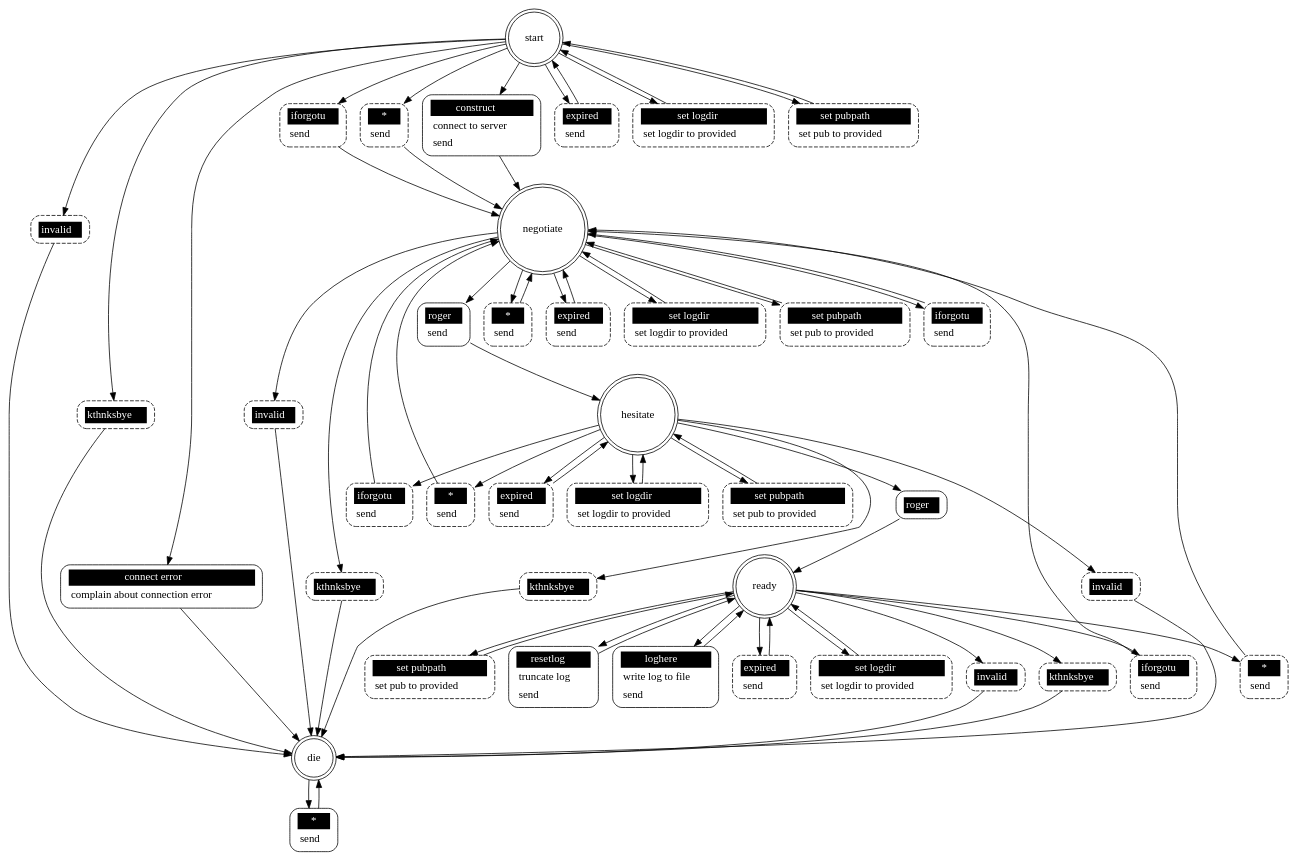
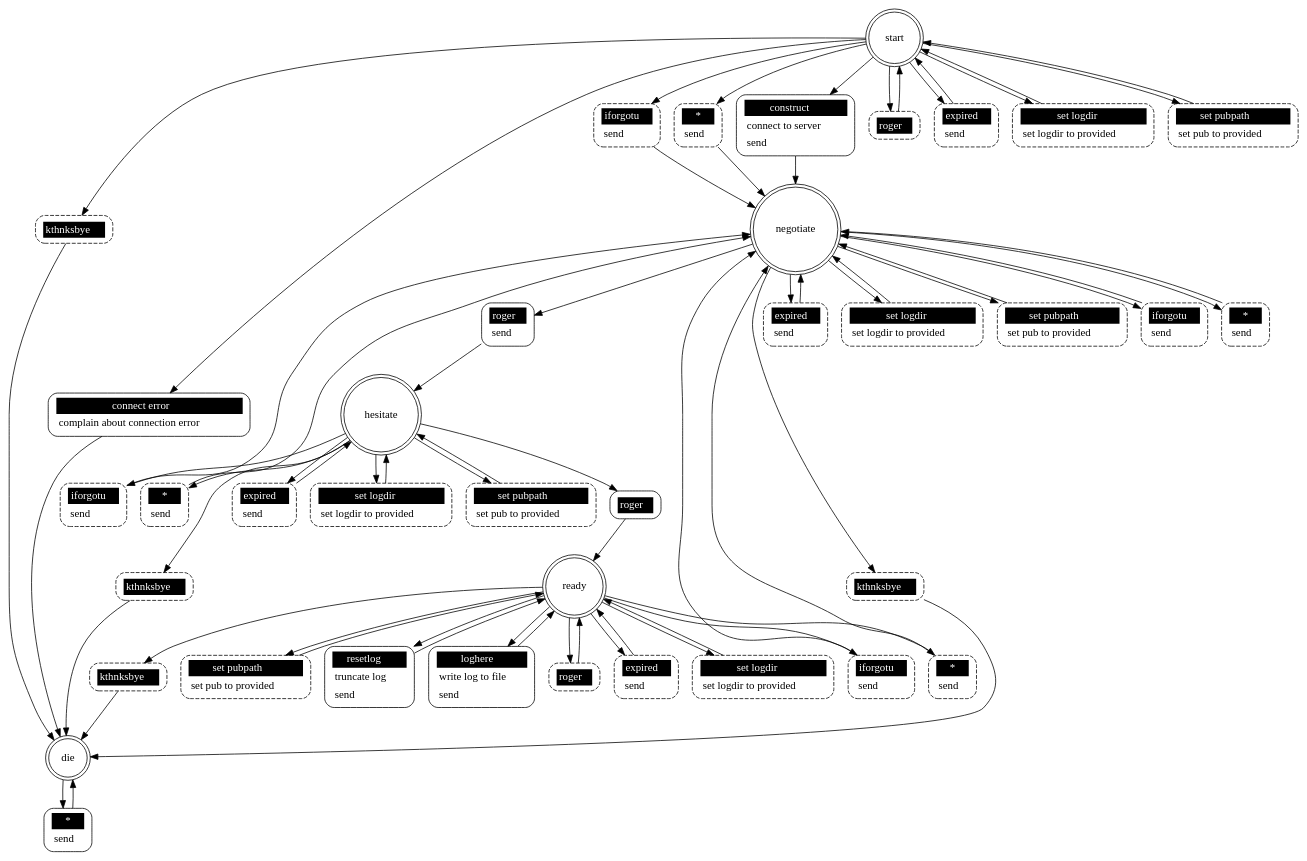
One commit to Vaelatern/dxpb changed the diagram in src/pkggraph_filer.dot. Above: the diagram before and after it, drawn with Graphviz. The commit also changed 5 other files, not shown here.

```diff
--- a/src/pkggraph_filer.dot
+++ b/src/pkggraph_filer.dot
@@ -1,118 +1,112 @@
 ## Automatically generated from pkggraph_filer.xml by gsl
 digraph "pkggraph_filer" {
 
  "start" [shape = "doublecircle"];
  "start iforgotu" [shape = "Mrecord" style = dashed label = <<table border="0" cellborder="0" cellpadding="3" bgcolor="white"><tr><td bgcolor="black" align="center" colspan="2"><font color="white">iforgotu</font></td></tr><tr><td align="left" port="r3">send</td></tr></table>>];
  "start" -> "start iforgotu";
  "start iforgotu" -> "negotiate";
- "start invalid" [shape = "Mrecord" style = dashed label = <<table border="0" cellborder="0" cellpadding="3" bgcolor="white"><tr><td bgcolor="black" align="center" colspan="2"><font color="white">invalid</font></td></tr></table>>];
- "start" -> "start invalid";
- "start invalid" -> "die";
  "start *" [shape = "Mrecord" style = dashed label = <<table border="0" cellborder="0" cellpadding="3" bgcolor="white"><tr><td bgcolor="black" align="center" colspan="2"><font color="white">*</font></td></tr><tr><td align="left" port="r3">send</td></tr></table>>];
  "start" -> "start *";
  "start *" -> "negotiate";
  "start kthnksbye" [shape = "Mrecord" style = dashed label = <<table border="0" cellborder="0" cellpadding="3" bgcolor="white"><tr><td bgcolor="black" align="center" colspan="2"><font color="white">kthnksbye</font></td></tr></table>>];
  "start" -> "start kthnksbye";
  "start kthnksbye" -> "die";
+ "start roger" [shape = "Mrecord" style = dashed label = <<table border="0" cellborder="0" cellpadding="3" bgcolor="white"><tr><td bgcolor="black" align="center" colspan="2"><font color="white">roger</font></td></tr></table>>];
+ "start" -> "start roger";
+ "start roger" -> "start";
  "start expired" [shape = "Mrecord" style = dashed label = <<table border="0" cellborder="0" cellpadding="3" bgcolor="white"><tr><td bgcolor="black" align="center" colspan="2"><font color="white">expired</font></td></tr><tr><td align="left" port="r3">send</td></tr></table>>];
  "start" -> "start expired";
  "start expired" -> "start";
  "start set logdir" [shape = "Mrecord" style = dashed label = <<table border="0" cellborder="0" cellpadding="3" bgcolor="white"><tr><td bgcolor="black" align="center" colspan="2"><font color="white">set logdir</font></td></tr><tr><td align="left" port="r3">set logdir to provided</td></tr></table>>];
  "start" -> "start set logdir";
  "start set logdir" -> "start";
  "start set pubpath" [shape = "Mrecord" style = dashed label = <<table border="0" cellborder="0" cellpadding="3" bgcolor="white"><tr><td bgcolor="black" align="center" colspan="2"><font color="white">set pubpath</font></td></tr><tr><td align="left" port="r3">set pub to provided</td></tr></table>>];
  "start" -> "start set pubpath";
  "start set pubpath" -> "start";
  "start construct" [shape = "Mrecord" style = solid label = <<table border="0" cellborder="0" cellpadding="3" bgcolor="white"><tr><td bgcolor="black" align="center" colspan="2"><font color="white">construct</font></td></tr><tr><td align="left" port="r3">connect to server</td></tr><tr><td align="left" port="r3">send</td></tr></table>>];
  "start" -> "start construct";
  "start construct" -> "negotiate";
  "start connect error" [shape = "Mrecord" style = solid label = <<table border="0" cellborder="0" cellpadding="3" bgcolor="white"><tr><td bgcolor="black" align="center" colspan="2"><font color="white">connect error</font></td></tr><tr><td align="left" port="r3">complain about connection error</td></tr></table>>];
  "start" -> "start connect error";
  "start connect error" -> "die";
 
  "negotiate" [shape = "doublecircle"];
  "negotiate iforgotu" [shape = "Mrecord" style = dashed label = <<table border="0" cellborder="0" cellpadding="3" bgcolor="white"><tr><td bgcolor="black" align="center" colspan="2"><font color="white">iforgotu</font></td></tr><tr><td align="left" port="r3">send</td></tr></table>>];
  "negotiate" -> "negotiate iforgotu";
  "negotiate iforgotu" -> "negotiate";
- "negotiate invalid" [shape = "Mrecord" style = dashed label = <<table border="0" cellborder="0" cellpadding="3" bgcolor="white"><tr><td bgcolor="black" align="center" colspan="2"><font color="white">invalid</font></td></tr></table>>];
- "negotiate" -> "negotiate invalid";
- "negotiate invalid" -> "die";
  "negotiate *" [shape = "Mrecord" style = dashed label = <<table border="0" cellborder="0" cellpadding="3" bgcolor="white"><tr><td bgcolor="black" align="center" colspan="2"><font color="white">*</font></td></tr><tr><td align="left" port="r3">send</td></tr></table>>];
  "negotiate" -> "negotiate *";
  "negotiate *" -> "negotiate";
  "negotiate kthnksbye" [shape = "Mrecord" style = dashed label = <<table border="0" cellborder="0" cellpadding="3" bgcolor="white"><tr><td bgcolor="black" align="center" colspan="2"><font color="white">kthnksbye</font></td></tr></table>>];
  "negotiate" -> "negotiate kthnksbye";
  "negotiate kthnksbye" -> "die";
  "negotiate expired" [shape = "Mrecord" style = dashed label = <<table border="0" cellborder="0" cellpadding="3" bgcolor="white"><tr><td bgcolor="black" align="center" colspan="2"><font color="white">expired</font></td></tr><tr><td align="left" port="r3">send</td></tr></table>>];
  "negotiate" -> "negotiate expired";
  "negotiate expired" -> "negotiate";
  "negotiate set logdir" [shape = "Mrecord" style = dashed label = <<table border="0" cellborder="0" cellpadding="3" bgcolor="white"><tr><td bgcolor="black" align="center" colspan="2"><font color="white">set logdir</font></td></tr><tr><td align="left" port="r3">set logdir to provided</td></tr></table>>];
  "negotiate" -> "negotiate set logdir";
  "negotiate set logdir" -> "negotiate";
  "negotiate set pubpath" [shape = "Mrecord" style = dashed label = <<table border="0" cellborder="0" cellpadding="3" bgcolor="white"><tr><td bgcolor="black" align="center" colspan="2"><font color="white">set pubpath</font></td></tr><tr><td align="left" port="r3">set pub to provided</td></tr></table>>];
  "negotiate" -> "negotiate set pubpath";
  "negotiate set pubpath" -> "negotiate";
  "negotiate roger" [shape = "Mrecord" style = solid label = <<table border="0" cellborder="0" cellpadding="3" bgcolor="white"><tr><td bgcolor="black" align="center" colspan="2"><font color="white">roger</font></td></tr><tr><td align="left" port="r3">send</td></tr></table>>];
  "negotiate" -> "negotiate roger";
  "negotiate roger" -> "hesitate";
 
  "hesitate" [shape = "doublecircle"];
  "hesitate iforgotu" [shape = "Mrecord" style = dashed label = <<table border="0" cellborder="0" cellpadding="3" bgcolor="white"><tr><td bgcolor="black" align="center" colspan="2"><font color="white">iforgotu</font></td></tr><tr><td align="left" port="r3">send</td></tr></table>>];
  "hesitate" -> "hesitate iforgotu";
  "hesitate iforgotu" -> "negotiate";
- "hesitate invalid" [shape = "Mrecord" style = dashed label = <<table border="0" cellborder="0" cellpadding="3" bgcolor="white"><tr><td bgcolor="black" align="center" colspan="2"><font color="white">invalid</font></td></tr></table>>];
- "hesitate" -> "hesitate invalid";
- "hesitate invalid" -> "die";
  "hesitate *" [shape = "Mrecord" style = dashed label = <<table border="0" cellborder="0" cellpadding="3" bgcolor="white"><tr><td bgcolor="black" align="center" colspan="2"><font color="white">*</font></td></tr><tr><td align="left" port="r3">send</td></tr></table>>];
  "hesitate" -> "hesitate *";
  "hesitate *" -> "negotiate";
  "hesitate kthnksbye" [shape = "Mrecord" style = dashed label = <<table border="0" cellborder="0" cellpadding="3" bgcolor="white"><tr><td bgcolor="black" align="center" colspan="2"><font color="white">kthnksbye</font></td></tr></table>>];
  "hesitate" -> "hesitate kthnksbye";
  "hesitate kthnksbye" -> "die";
  "hesitate expired" [shape = "Mrecord" style = dashed label = <<table border="0" cellborder="0" cellpadding="3" bgcolor="white"><tr><td bgcolor="black" align="center" colspan="2"><font color="white">expired</font></td></tr><tr><td align="left" port="r3">send</td></tr></table>>];
  "hesitate" -> "hesitate expired";
  "hesitate expired" -> "hesitate";
  "hesitate set logdir" [shape = "Mrecord" style = dashed label = <<table border="0" cellborder="0" cellpadding="3" bgcolor="white"><tr><td bgcolor="black" align="center" colspan="2"><font color="white">set logdir</font></td></tr><tr><td align="left" port="r3">set logdir to provided</td></tr></table>>];
  "hesitate" -> "hesitate set logdir";
  "hesitate set logdir" -> "hesitate";
  "hesitate set pubpath" [shape = "Mrecord" style = dashed label = <<table border="0" cellborder="0" cellpadding="3" bgcolor="white"><tr><td bgcolor="black" align="center" colspan="2"><font color="white">set pubpath</font></td></tr><tr><td align="left" port="r3">set pub to provided</td></tr></table>>];
  "hesitate" -> "hesitate set pubpath";
  "hesitate set pubpath" -> "hesitate";
  "hesitate roger" [shape = "Mrecord" style = solid label = <<table border="0" cellborder="0" cellpadding="3" bgcolor="white"><tr><td bgcolor="black" align="center" colspan="2"><font color="white">roger</font></td></tr></table>>];
  "hesitate" -> "hesitate roger";
  "hesitate roger" -> "ready";
 
  "ready" [shape = "doublecircle"];
  "ready iforgotu" [shape = "Mrecord" style = dashed label = <<table border="0" cellborder="0" cellpadding="3" bgcolor="white"><tr><td bgcolor="black" align="center" colspan="2"><font color="white">iforgotu</font></td></tr><tr><td align="left" port="r3">send</td></tr></table>>];
  "ready" -> "ready iforgotu";
  "ready iforgotu" -> "negotiate";
- "ready invalid" [shape = "Mrecord" style = dashed label = <<table border="0" cellborder="0" cellpadding="3" bgcolor="white"><tr><td bgcolor="black" align="center" colspan="2"><font color="white">invalid</font></td></tr></table>>];
- "ready" -> "ready invalid";
- "ready invalid" -> "die";
  "ready *" [shape = "Mrecord" style = dashed label = <<table border="0" cellborder="0" cellpadding="3" bgcolor="white"><tr><td bgcolor="black" align="center" colspan="2"><font color="white">*</font></td></tr><tr><td align="left" port="r3">send</td></tr></table>>];
  "ready" -> "ready *";
  "ready *" -> "negotiate";
  "ready kthnksbye" [shape = "Mrecord" style = dashed label = <<table border="0" cellborder="0" cellpadding="3" bgcolor="white"><tr><td bgcolor="black" align="center" colspan="2"><font color="white">kthnksbye</font></td></tr></table>>];
  "ready" -> "ready kthnksbye";
  "ready kthnksbye" -> "die";
+ "ready roger" [shape = "Mrecord" style = dashed label = <<table border="0" cellborder="0" cellpadding="3" bgcolor="white"><tr><td bgcolor="black" align="center" colspan="2"><font color="white">roger</font></td></tr></table>>];
+ "ready" -> "ready roger";
+ "ready roger" -> "ready";
  "ready expired" [shape = "Mrecord" style = dashed label = <<table border="0" cellborder="0" cellpadding="3" bgcolor="white"><tr><td bgcolor="black" align="center" colspan="2"><font color="white">expired</font></td></tr><tr><td align="left" port="r3">send</td></tr></table>>];
  "ready" -> "ready expired";
  "ready expired" -> "ready";
  "ready set logdir" [shape = "Mrecord" style = dashed label = <<table border="0" cellborder="0" cellpadding="3" bgcolor="white"><tr><td bgcolor="black" align="center" colspan="2"><font color="white">set logdir</font></td></tr><tr><td align="left" port="r3">set logdir to provided</td></tr></table>>];
  "ready" -> "ready set logdir";
  "ready set logdir" -> "ready";
  "ready set pubpath" [shape = "Mrecord" style = dashed label = <<table border="0" cellborder="0" cellpadding="3" bgcolor="white"><tr><td bgcolor="black" align="center" colspan="2"><font color="white">set pubpath</font></td></tr><tr><td align="left" port="r3">set pub to provided</td></tr></table>>];
  "ready" -> "ready set pubpath";
  "ready set pubpath" -> "ready";
  "ready resetlog" [shape = "Mrecord" style = solid label = <<table border="0" cellborder="0" cellpadding="3" bgcolor="white"><tr><td bgcolor="black" align="center" colspan="2"><font color="white">resetlog</font></td></tr><tr><td align="left" port="r3">truncate log</td></tr><tr><td align="left" port="r3">send</td></tr></table>>];
  "ready" -> "ready resetlog";
  "ready resetlog" -> "ready";
  "ready loghere" [shape = "Mrecord" style = solid label = <<table border="0" cellborder="0" cellpadding="3" bgcolor="white"><tr><td bgcolor="black" align="center" colspan="2"><font color="white">loghere</font></td></tr><tr><td align="left" port="r3">write log to file</td></tr><tr><td align="left" port="r3">send</td></tr></table>>];
  "ready" -> "ready loghere";
  "ready loghere" -> "ready";
 
  "die" [shape = "doublecircle"];
  "die *" [shape = "Mrecord" style = solid label = <<table border="0" cellborder="0" cellpadding="3" bgcolor="white"><tr><td bgcolor="black" align="center" colspan="2"><font color="white">*</font></td></tr><tr><td align="left" port="r3">send</td></tr></table>>];
  "die" -> "die *";
  "die *" -> "die";
 }
```
